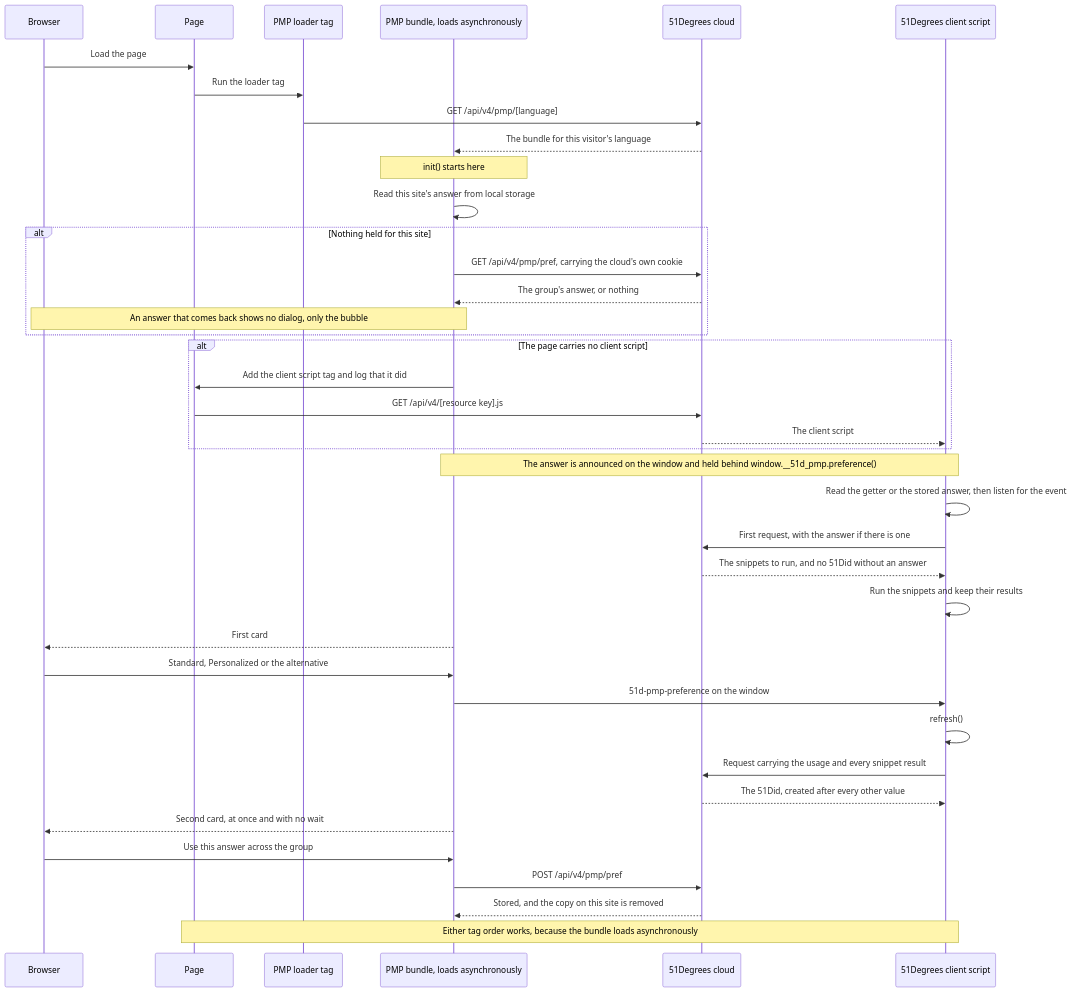
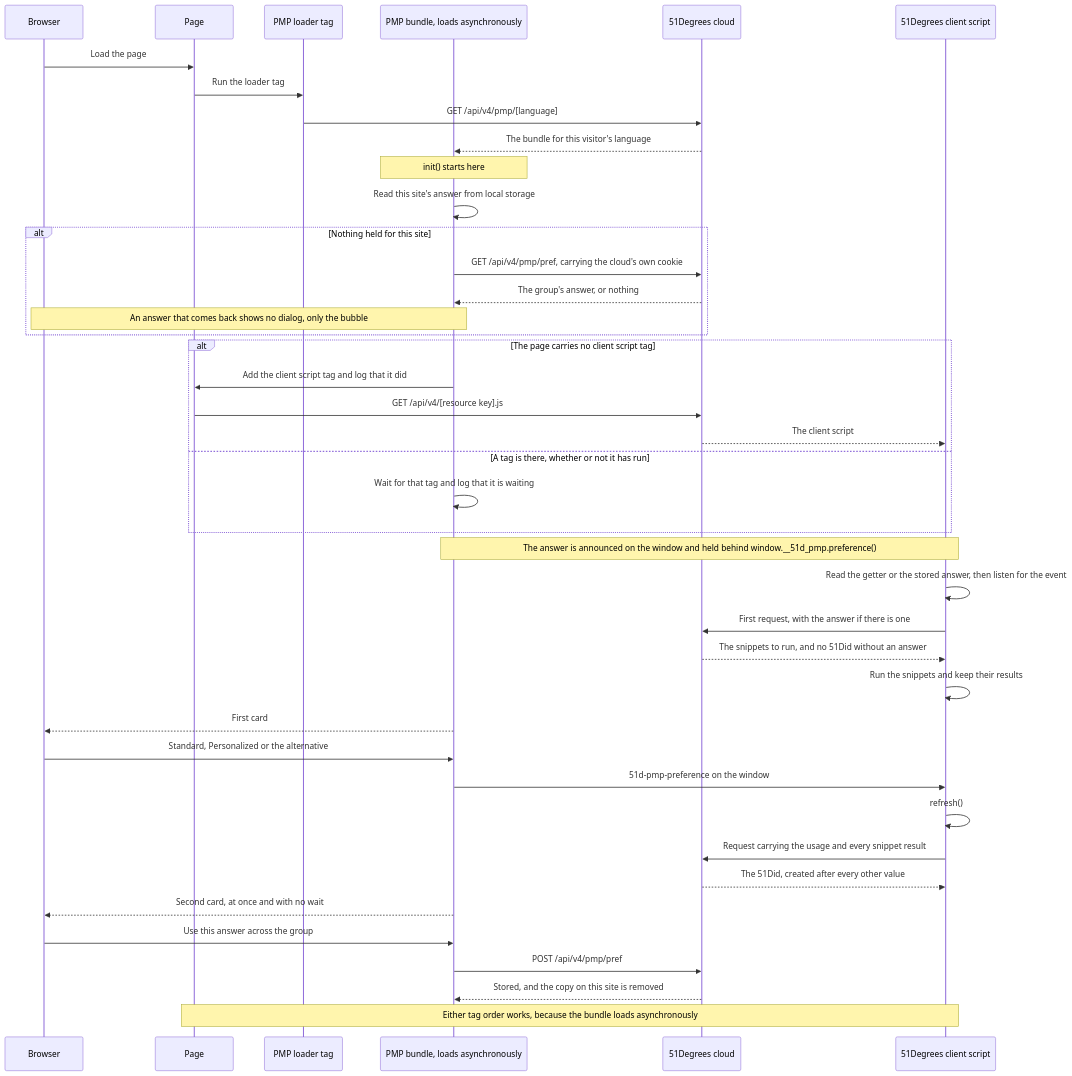
The diagram in src/identifiers/pmp/index.md (51Degrees/documentation), drawn with Mermaid before and after one commit. The commit also changed other lines of this file and 3 other files, not shown here.

````diff
--- a/src/identifiers/pmp/index.md
+++ b/src/identifiers/pmp/index.md
@@ -77,48 +77,50 @@
 ```mermaid
 sequenceDiagram
     participant Browser as Browser
     participant Page as Page
     participant Loader as PMP loader tag
     participant Bundle as PMP bundle, loads asynchronously
     participant Cloud as 51Degrees cloud
     participant Script as 51Degrees client script
 
     Browser->>Page: Load the page
     Page->>Loader: Run the loader tag
     Loader->>Cloud: GET /api/v4/pmp/[language]
     Cloud-->>Bundle: The bundle for this visitor's language
 
     Note over Bundle: init() starts here
     Bundle->>Bundle: Read this site's answer from local storage
     alt Nothing held for this site
         Bundle->>Cloud: GET /api/v4/pmp/pref, carrying the cloud's own cookie
         Cloud-->>Bundle: The group's answer, or nothing
         Note over Browser,Bundle: An answer that comes back shows no dialog, only the bubble
     end
 
-    alt The page carries no client script
+    alt The page carries no client script tag
         Bundle->>Page: Add the client script tag and log that it did
         Page->>Cloud: GET /api/v4/[resource key].js
         Cloud-->>Script: The client script
+    else A tag is there, whether or not it has run
+        Bundle->>Bundle: Wait for that tag and log that it is waiting
     end
 
     Note over Bundle,Script: The answer is announced on the window and held behind window.__51d_pmp.preference()
     Script->>Script: Read the getter or the stored answer, then listen for the event
     Script->>Cloud: First request, with the answer if there is one
     Cloud-->>Script: The snippets to run, and no 51Did without an answer
     Script->>Script: Run the snippets and keep their results
 
     Bundle-->>Browser: First card
     Browser->>Bundle: Standard, Personalized or the alternative
     Bundle->>Script: 51d-pmp-preference on the window
     Script->>Script: refresh()
     Script->>Cloud: Request carrying the usage and every snippet result
     Cloud-->>Script: The 51Did, created after every other value
 
     Bundle-->>Browser: Second card, at once and with no wait
     Browser->>Bundle: Use this answer across the group
     Bundle->>Cloud: POST /api/v4/pmp/pref
     Cloud-->>Bundle: Stored, and the copy on this site is removed
 
     Note over Page,Script: Either tag order works, because the bundle loads asynchronously
 ```
````
